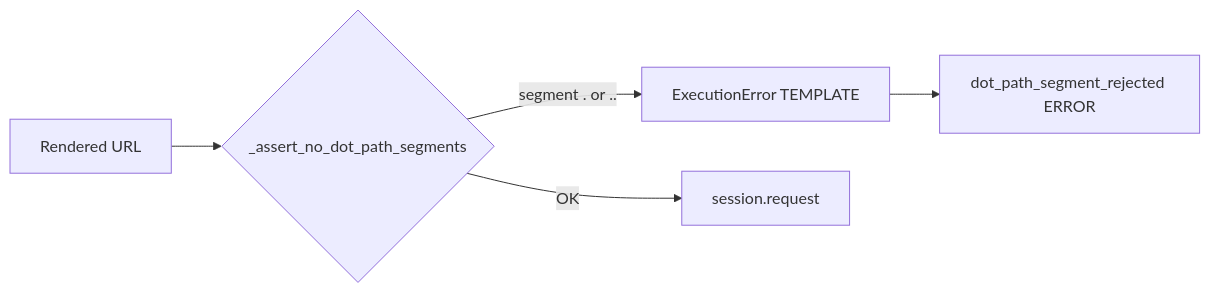
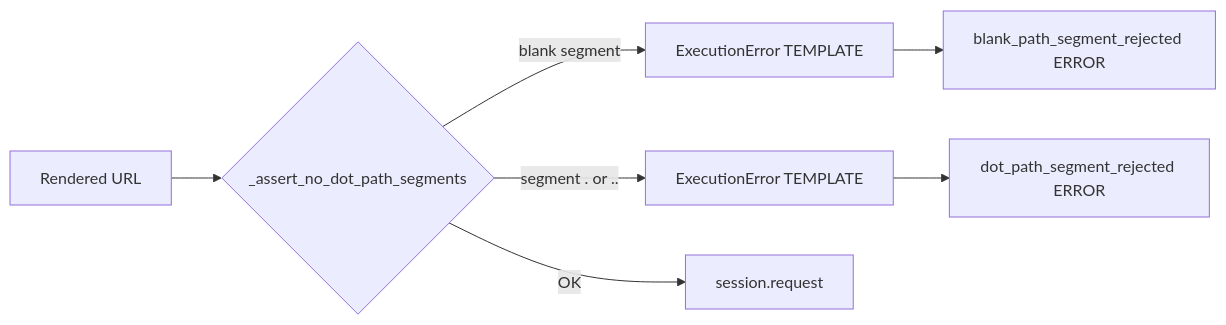
Before and after one commit to koctep/pypost: the diagram in doc/dev/http_path_segment_rejection.md, drawn with Mermaid. The commit also changed other lines of this file and 19 other files, not shown here.

First line of the commit message:
fix(http): PYPOST-1332 fail-closed reject blank path segments

````diff
--- a/doc/dev/http_path_segment_rejection.md
+++ b/doc/dev/http_path_segment_rejection.md
@@ -46,7 +53,9 @@
 ```mermaid
 flowchart LR
   A[Rendered URL] --> B{_assert_no_dot_path_segments}
-  B -->|segment . or ..| C[ExecutionError TEMPLATE]
-  C --> D[dot_path_segment_rejected ERROR]
+  B -->|blank segment| C1[ExecutionError TEMPLATE]
+  B -->|segment . or ..| C2[ExecutionError TEMPLATE]
+  C1 --> D1[blank_path_segment_rejected ERROR]
+  C2 --> D2[dot_path_segment_rejected ERROR]
   B -->|OK| E[session.request]
 ```
````
